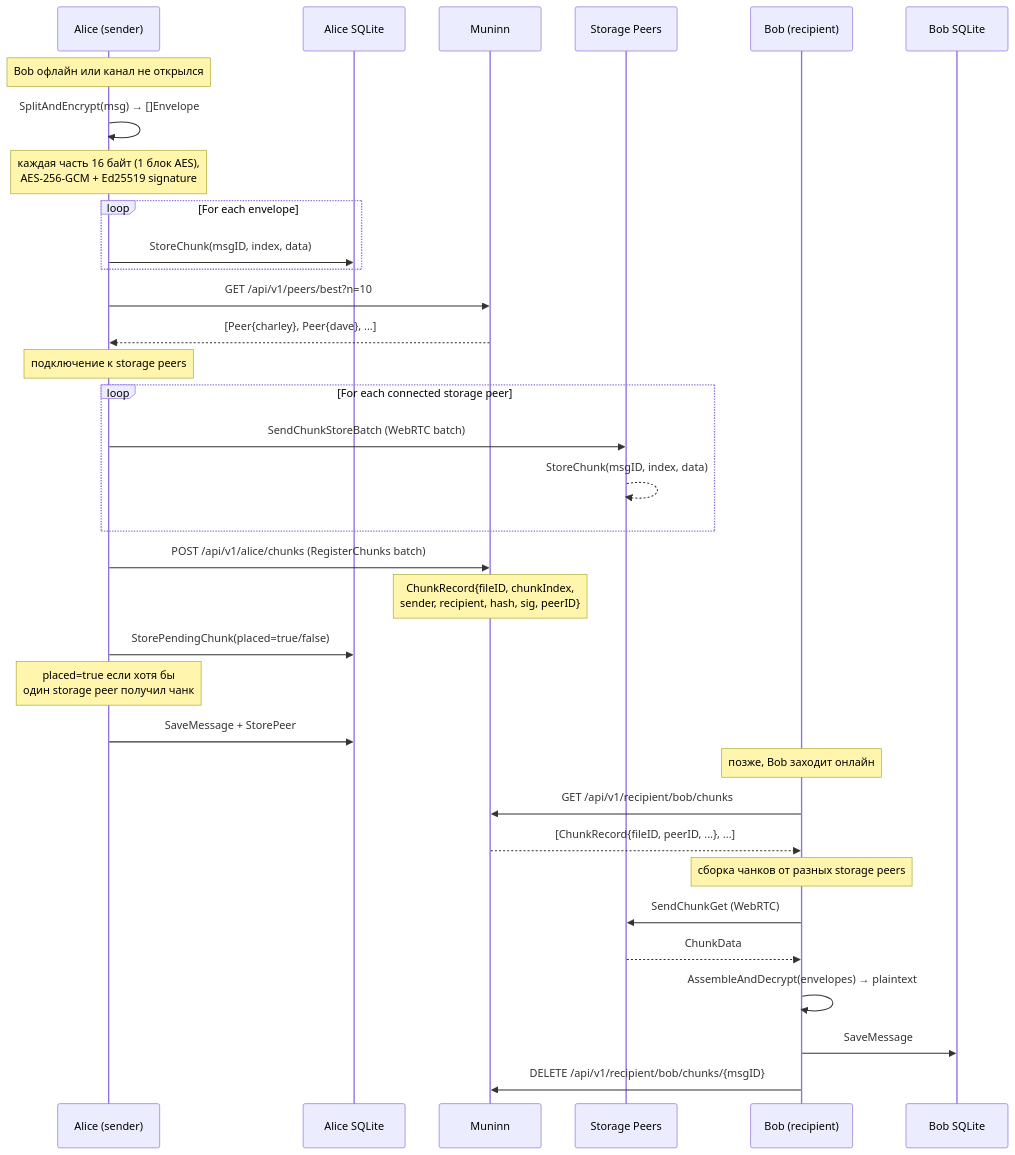
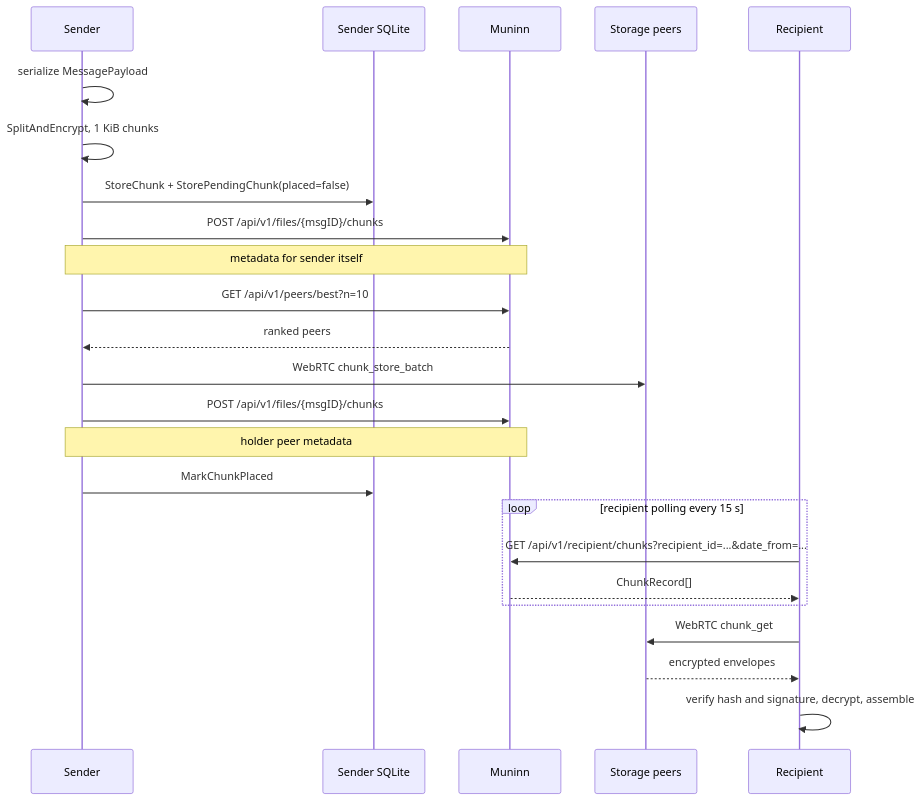
One commit to killbane1232/huginn-messenger changed the seventh of 9 diagrams in docs/architecture.md. Above: the diagram before and after it, drawn with Mermaid. The commit also changed other lines of this file and 1 other file, not shown here.

````diff
--- a/docs/architecture.md
+++ b/docs/architecture.md
@@ -146,46 +227,28 @@
 ```mermaid
 sequenceDiagram
-    participant A as Alice (sender)
-    participant A_DB as Alice SQLite
+    participant A as Sender
+    participant ADB as Sender SQLite
     participant M as Muninn
-    participant SP as Storage Peers
-    participant B as Bob (recipient)
-    participant B_DB as Bob SQLite
+    participant S as Storage peers
+    participant B as Recipient
 
-    Note over A: Bob офлайн или канал не открылся
-    A->>A: SplitAndEncrypt(msg) → []Envelope
-    Note over A: каждая часть 16 байт (1 блок AES),<br/>AES-256-GCM + Ed25519 signature
+    A->>A: serialize MessagePayload
+    A->>A: SplitAndEncrypt, 1 KiB chunks
+    A->>ADB: StoreChunk + StorePendingChunk(placed=false)
+    A->>M: POST /api/v1/files/{msgID}/chunks
+    Note over A,M: metadata for sender itself
+    A->>M: GET /api/v1/peers/best?n=10
+    M-->>A: ranked peers
+    A->>S: WebRTC chunk_store_batch
+    A->>M: POST /api/v1/files/{msgID}/chunks
+    Note over A,M: holder peer metadata
+    A->>ADB: MarkChunkPlaced
 
-    loop For each envelope
-        A->>A_DB: StoreChunk(msgID, index, data)
+    loop recipient polling every 15 s
+        B->>M: GET /api/v1/recipient/chunks?recipient_id=...&date_from=...
+        M-->>B: ChunkRecord[]
     end
-
-    A->>M: GET /api/v1/peers/best?n=10
-    M-->>A: [Peer{charley}, Peer{dave}, ...]
-
-    Note over A: подключение к storage peers
-    loop For each connected storage peer
-        A->>SP: SendChunkStoreBatch (WebRTC batch)
-        SP-->>SP: StoreChunk(msgID, index, data)
-    end
-
-    A->>M: POST /api/v1/alice/chunks (RegisterChunks batch)
-    Note over M: ChunkRecord{fileID, chunkIndex,<br/>sender, recipient, hash, sig, peerID}
-
-    A->>A_DB: StorePendingChunk(placed=true/false)
-    Note over A: placed=true если хотя бы<br/>один storage peer получил чанк
-
-    A->>A_DB: SaveMessage + StorePeer
-
-    Note over B: позже, Bob заходит онлайн
-    B->>M: GET /api/v1/recipient/bob/chunks
-    M-->>B: [ChunkRecord{fileID, peerID, ...}, ...]
-
-    Note over B: сборка чанков от разных storage peers
-    B->>SP: SendChunkGet (WebRTC)
-    SP-->>B: ChunkData
-
-    B->>B: AssembleAndDecrypt(envelopes) → plaintext
-    B->>B_DB: SaveMessage
-    B->>M: DELETE /api/v1/recipient/bob/chunks/{msgID}
+    B->>S: WebRTC chunk_get
+    S-->>B: encrypted envelopes
+    B->>B: verify hash and signature, decrypt, assemble
 ```
````
